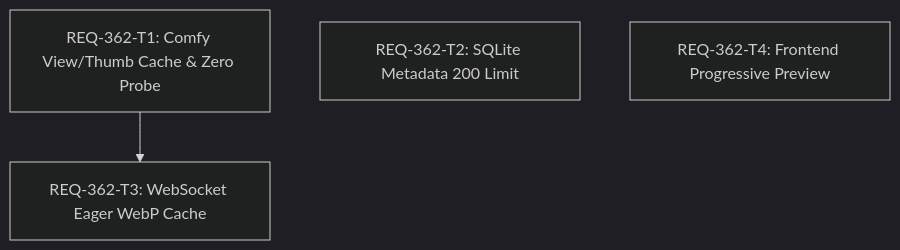
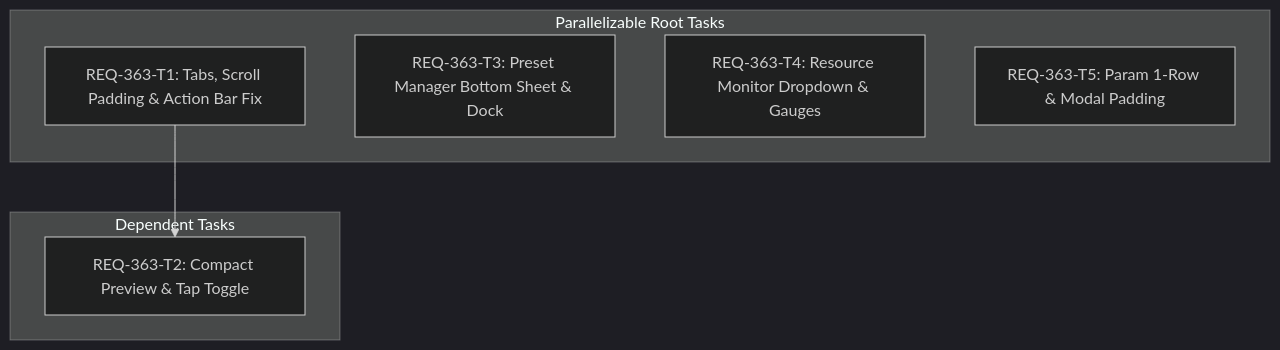
The diagram in implementation_plan.md (TAKE4548/comfy-create-helper2), drawn with Mermaid (dark theme) before and after one commit. The commit also changed other lines of this file and 21 other files, not shown here.

````diff
--- a/implementation_plan.md
+++ b/implementation_plan.md
@@ -67,6 +75,14 @@
 ```mermaid
 graph TD
-  REQ-362-T1["REQ-362-T1: Comfy View/Thumb Cache & Zero Probe"] --> REQ-362-T3["REQ-362-T3: WebSocket Eager WebP Cache"]
-  REQ-362-T2["REQ-362-T2: SQLite Metadata 200 Limit"]
-  REQ-362-T4["REQ-362-T4: Frontend Progressive Preview"]
+  subgraph Parallelizable Root Tasks
+    T1[REQ-363-T1: Tabs, Scroll Padding & Action Bar Fix]
+    T3[REQ-363-T3: Preset Manager Bottom Sheet & Dock]
+    T4[REQ-363-T4: Resource Monitor Dropdown & Gauges]
+    T5[REQ-363-T5: Param 1-Row & Modal Padding]
+  end
+  subgraph Dependent Tasks
+    T2[REQ-363-T2: Compact Preview & Tap Toggle]
+  end
+
+  T1 --> T2
 ```
````
